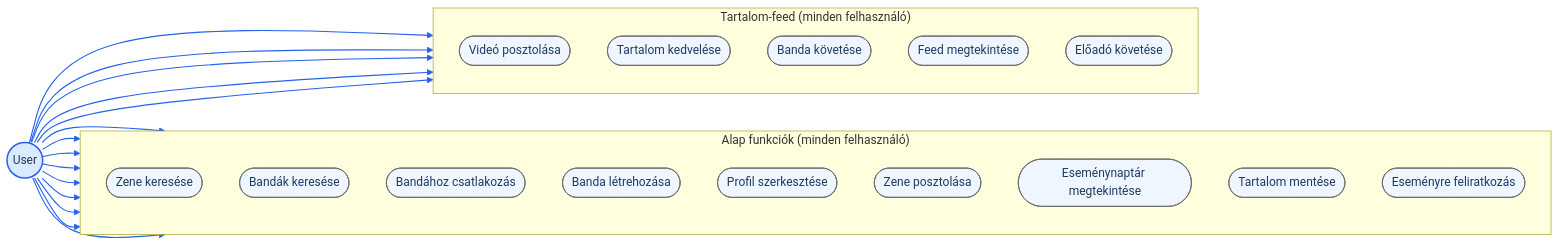
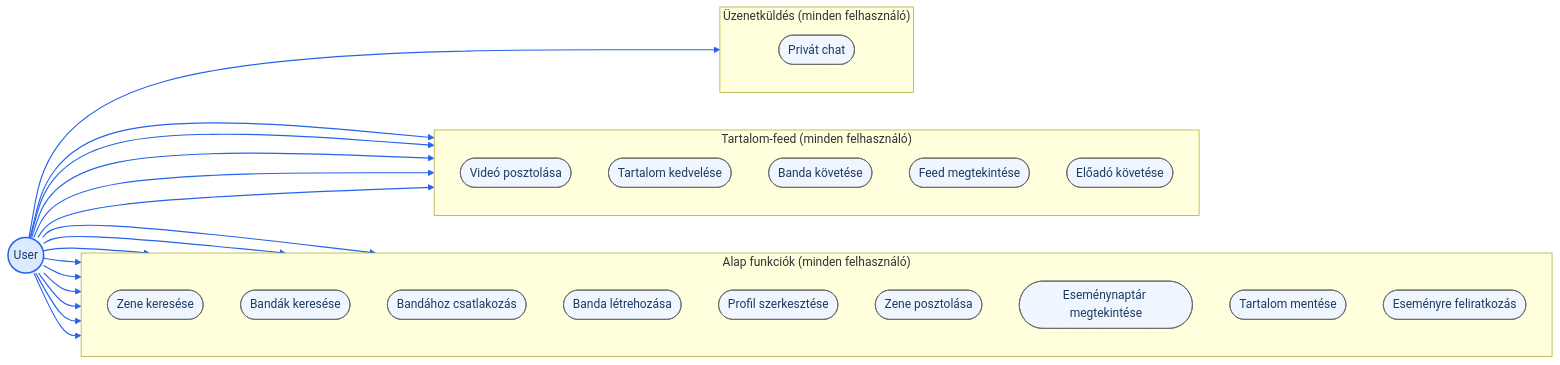
One commit to Kiyo200/BegBand changed the second of 5 diagrams in diagrams/mermaid/UseCase.md. Above: the diagram before and after it, drawn with Mermaid. The commit also changed other lines of this file and 12 other files, not shown here.

````diff
--- a/diagrams/mermaid/UseCase.md
+++ b/diagrams/mermaid/UseCase.md
@@ -70,48 +76,54 @@
 ```mermaid
 flowchart LR
     User(("User"))
 
     subgraph PKG_Common["Alap funkciók (minden felhasználó)"]
         direction TB
         C1(["Zene keresése"])
         C2(["Bandák keresése"])
         C3(["Bandához csatlakozás"])
         C4(["Banda létrehozása"])
         C5(["Profil szerkesztése"])
         C6(["Zene posztolása"])
         C7(["Eseménynaptár megtekintése"])
         C8(["Tartalom mentése"])
         C9(["Eseményre feliratkozás"])
     end
 
     subgraph PKG_Feed["Tartalom-feed (minden felhasználó)"]
         direction TB
         F1(["Videó posztolása"])
         F2(["Tartalom kedvelése"])
         F3(["Banda követése"])
         F4(["Feed megtekintése"])
         F5(["Előadó követése"])
     end
 
+    subgraph PKG_Chat["Üzenetküldés (minden felhasználó)"]
+        direction TB
+        CH1(["Privát chat"])
+    end
+
     User --> C1
     User --> C2
     User --> C3
     User --> C4
     User --> C5
     User --> C6
     User --> C7
     User --> C8
     User --> C9
     User --> F1
     User --> F2
     User --> F3
     User --> F4
     User --> F5
+    User --> CH1
 
     classDef common fill:#EFF6FF,stroke:#666666,color:#1e3a5f
     classDef userActor fill:#DBEAFE,stroke:#2563EB,stroke-width:2px,color:#1e3a5f
 
-    class C1,C2,C3,C4,C5,C6,C7,C8,C9,F1,F2,F3,F4,F5 common
+    class C1,C2,C3,C4,C5,C6,C7,C8,C9,F1,F2,F3,F4,F5,CH1 common
     class User userActor
-    linkStyle 0,1,2,3,4,5,6,7,8,9,10,11,12,13 stroke:#2563EB,stroke-width:1.5px
+    linkStyle 0,1,2,3,4,5,6,7,8,9,10,11,12,13,14 stroke:#2563EB,stroke-width:1.5px
 ```
````
